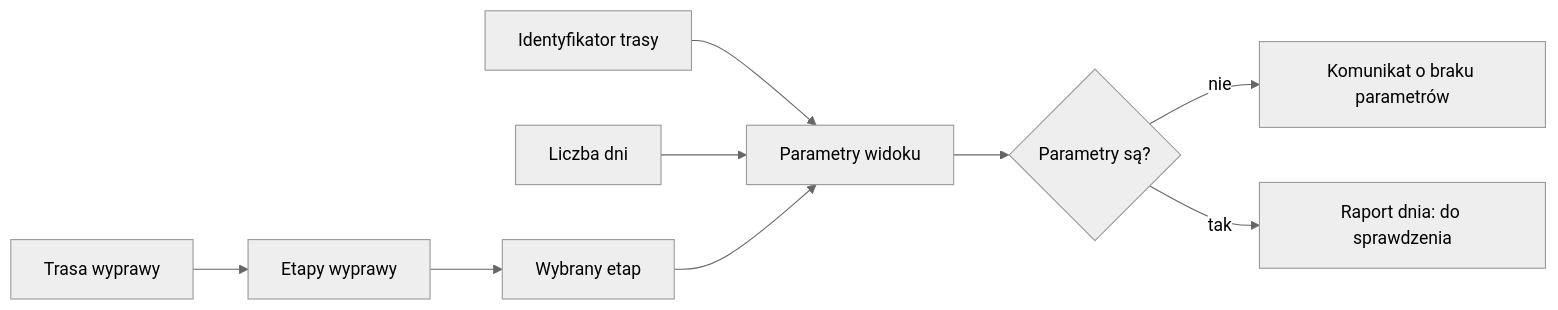
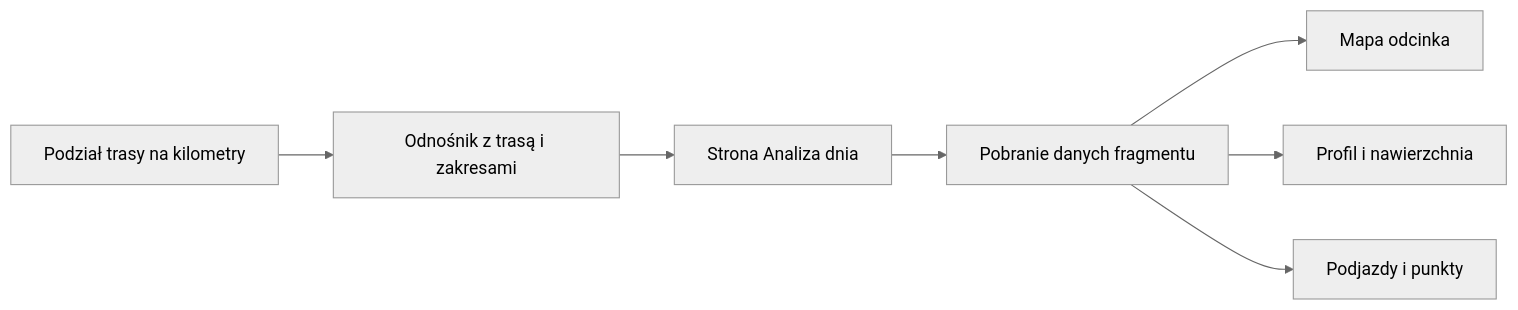
Before and after one commit to QbotMS/QbotQ: the diagram in docs/wiki/trasy/raport-dnia.md, drawn with Mermaid (neutral theme). The commit also changed other lines of this file and 153 other files, not shown here.

````diff
--- a/docs/wiki/trasy/raport-dnia.md
+++ b/docs/wiki/trasy/raport-dnia.md
@@ -37,11 +44,9 @@
 ```mermaid
 flowchart LR
-  Parent[Trasa wyprawy] --> Split[Etapy wyprawy]
-  Split --> Stage[Wybrany etap]
-  RouteId[Identyfikator trasy] --> Params[Parametry widoku]
-  Days[Liczba dni] --> Params
-  Stage --> Params
-  Params --> Check{Parametry są?}
-  Check -->|nie| Error[Komunikat o braku parametrów]
-  Check -->|tak| View[Raport dnia: do sprawdzenia]
+  Planer[Podział trasy na kilometry] --> Link[Odnośnik z trasą i zakresami]
+  Link --> Strona[Strona Analiza dnia]
+  Strona --> Dane[Pobranie danych fragmentu]
+  Dane --> Mapa[Mapa odcinka]
+  Dane --> Profil[Profil i nawierzchnia]
+  Dane --> Szczegóły[Podjazdy i punkty]
 ```
````
